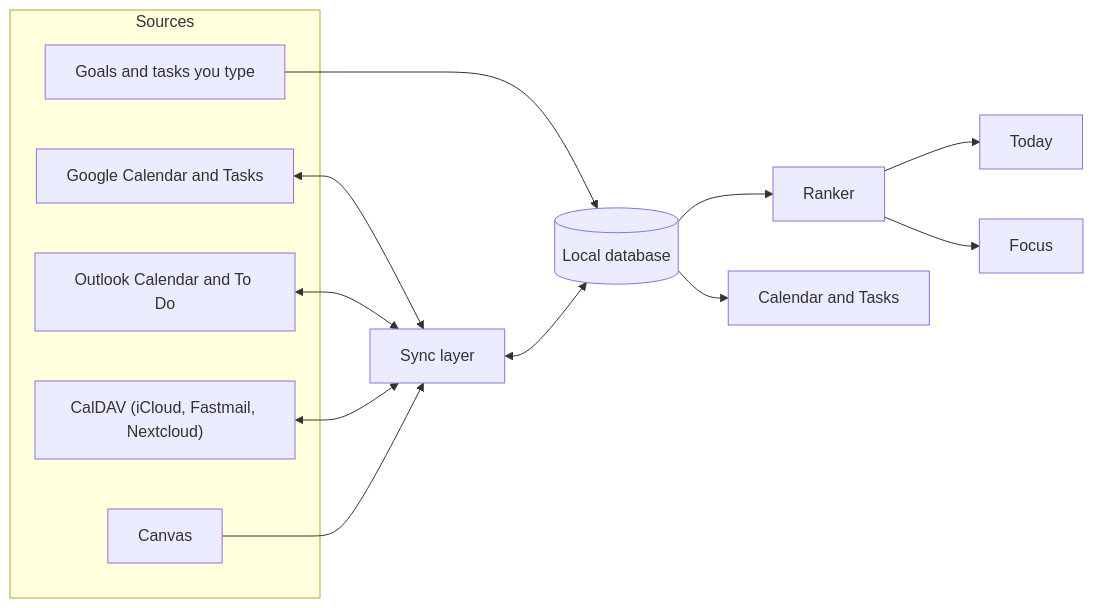
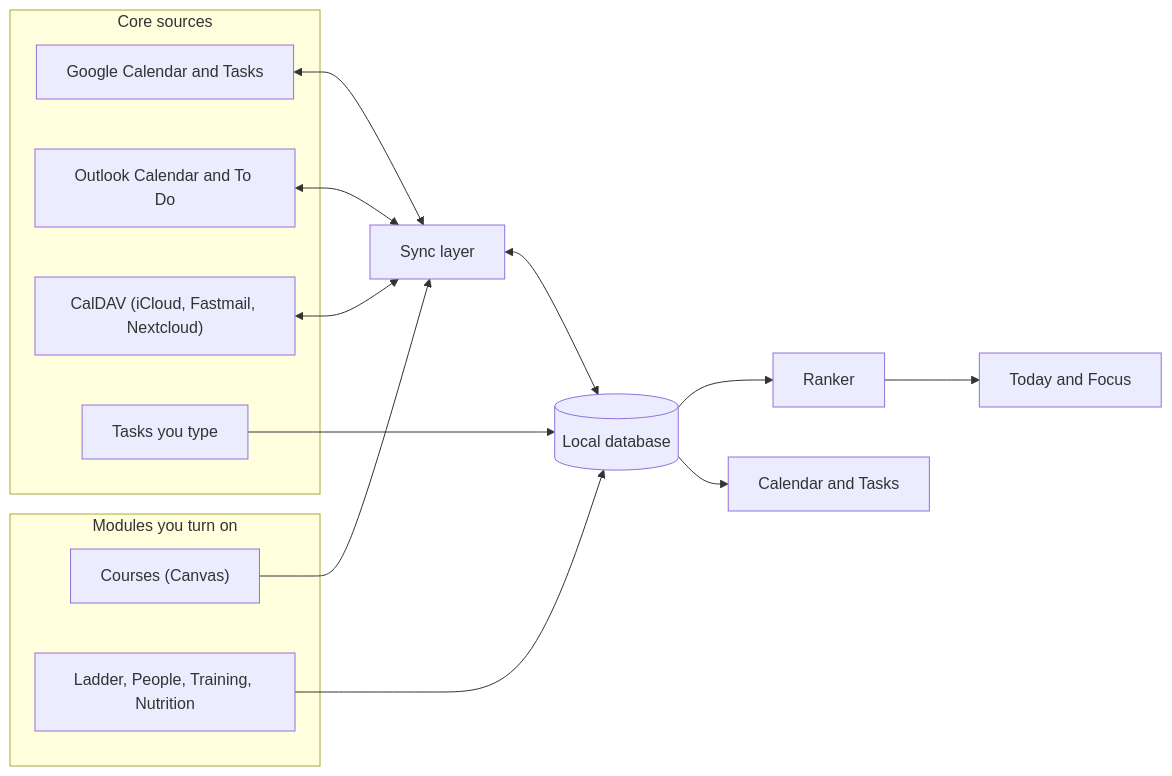
The first of 5 diagrams in README.md (pockanoodles/erwin), drawn with Mermaid before and after one commit. The commit also changed other lines of this file and 1 other file, not shown here.

Commit message:
docs(readme): a full rewrite around the core and the modules you turn on

````diff
--- a/README.md
+++ b/README.md
@@ -35,28 +98,30 @@
 ```mermaid
 flowchart LR
-    subgraph Sources
+    subgraph Core["Core sources"]
         G["Google Calendar and Tasks"]
         O["Outlook Calendar and To Do"]
         C["CalDAV (iCloud, Fastmail, Nextcloud)"]
-        V["Canvas"]
-        M["Goals and tasks you type"]
+        M["Tasks you type"]
+    end
+    subgraph Mods["Modules you turn on"]
+        V["Courses (Canvas)"]
+        L["Ladder, People, Training, Nutrition"]
     end
 
     S["Sync layer"]
     DB[("Local database")]
     R["Ranker"]
-    T["Today"]
-    F["Focus"]
+    T["Today and Focus"]
     K["Calendar and Tasks"]
 
     G <--> S
     O <--> S
     C <--> S
     V --> S
     M --> DB
+    L --> DB
     S <--> DB
     DB --> R
     R --> T
-    R --> F
     DB --> K
 ```
````
